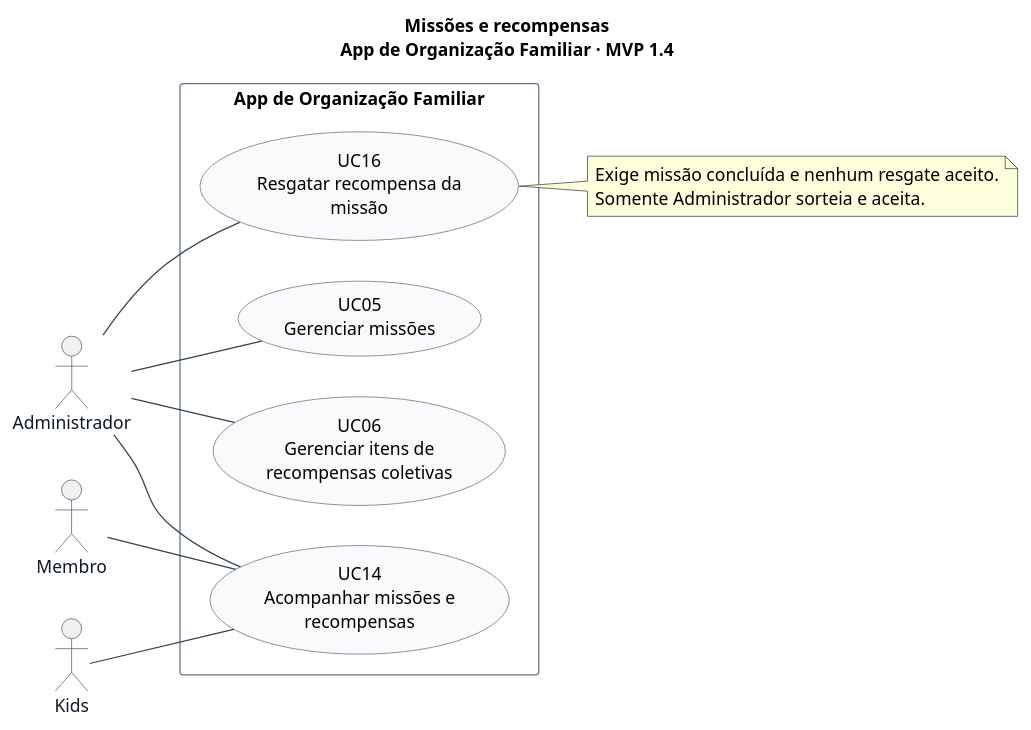
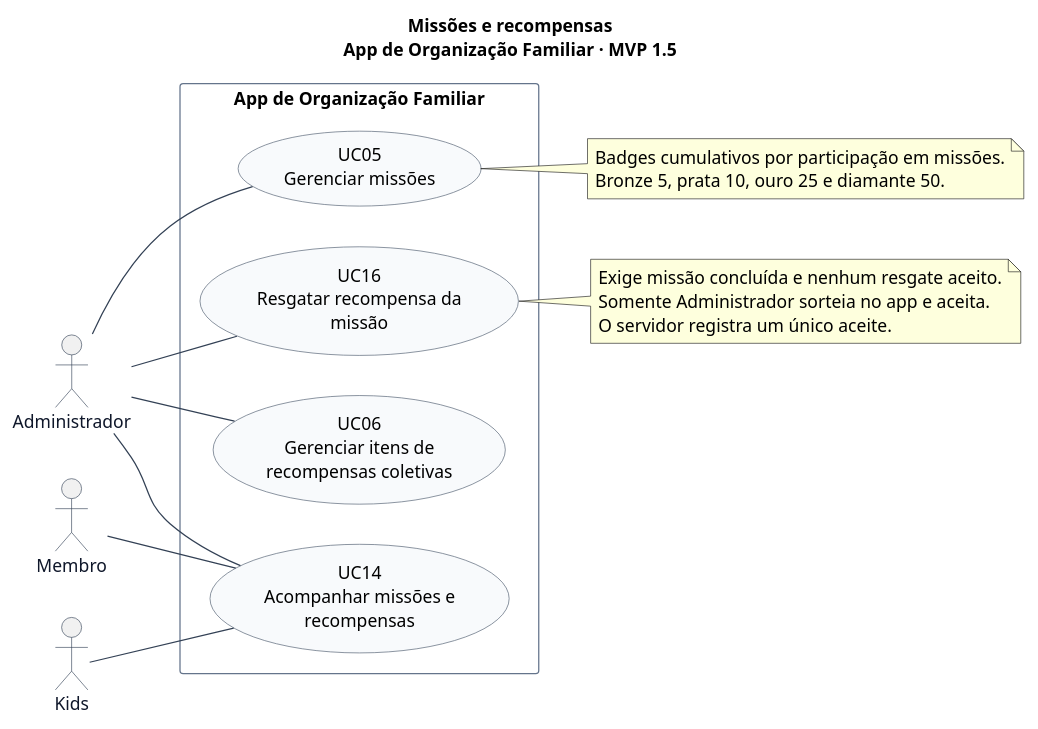
One commit to lizandramalta/App-Rotina-Familiar changed the diagram in docs/diagramas/casos-de-uso/05-missoes-recompensas.puml. Above: the diagram before and after it, drawn with PlantUML. The commit also changed 25 other files, not shown here.

```diff
--- a/docs/diagramas/casos-de-uso/05-missoes-recompensas.puml
+++ b/docs/diagramas/casos-de-uso/05-missoes-recompensas.puml
@@ -1,41 +1,47 @@
 @startuml
 ' Fonte editável. Renderização: java -jar plantuml.jar -charset UTF-8 -tsvg *.puml
 left to right direction
 skinparam shadowing false
 skinparam backgroundColor white
 skinparam defaultFontName SansSerif
 skinparam defaultFontSize 14
 skinparam ArrowColor #334155
 skinparam actorBorderColor #334155
 skinparam actorFontColor #0F172A
 skinparam usecaseBackgroundColor #F8FAFC
 skinparam usecaseBorderColor #475569
 skinparam rectangleBorderColor #64748B
 skinparam packageStyle rectangle
 skinparam nodesep 32
 skinparam ranksep 55
-title Missões e recompensas\nApp de Organização Familiar · MVP 1.4
+title Missões e recompensas\nApp de Organização Familiar · MVP 1.5
 
 actor "Administrador" as Admin
 actor "Membro" as Membro
 actor "Kids" as Kids
 
 rectangle "App de Organização Familiar" {
   usecase "UC05\nGerenciar missões" as UC05
   usecase "UC06\nGerenciar itens de\nrecompensas coletivas" as UC06
   usecase "UC14\nAcompanhar missões e\nrecompensas" as UC14
   usecase "UC16\nResgatar recompensa da\nmissão" as UC16
 }
 
 Admin -- UC05
 Admin -- UC06
 Admin -- UC14
 Admin -- UC16
 Membro -- UC14
 Kids -- UC14
 note right of UC16
   Exige missão concluída e nenhum resgate aceito.
-  Somente Administrador sorteia e aceita.
+  Somente Administrador sorteia no app e aceita.
+  O servidor registra um único aceite.
+end note
+
+note right of UC05
+  Badges cumulativos por participação em missões.
+  Bronze 5, prata 10, ouro 25 e diamante 50.
 end note
 
 @enduml
```
